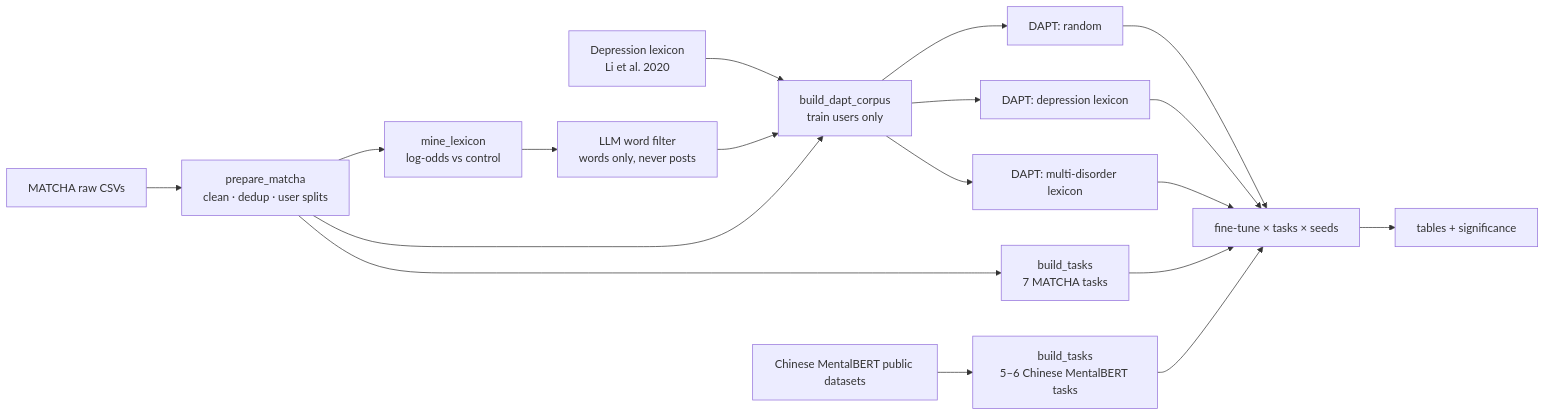
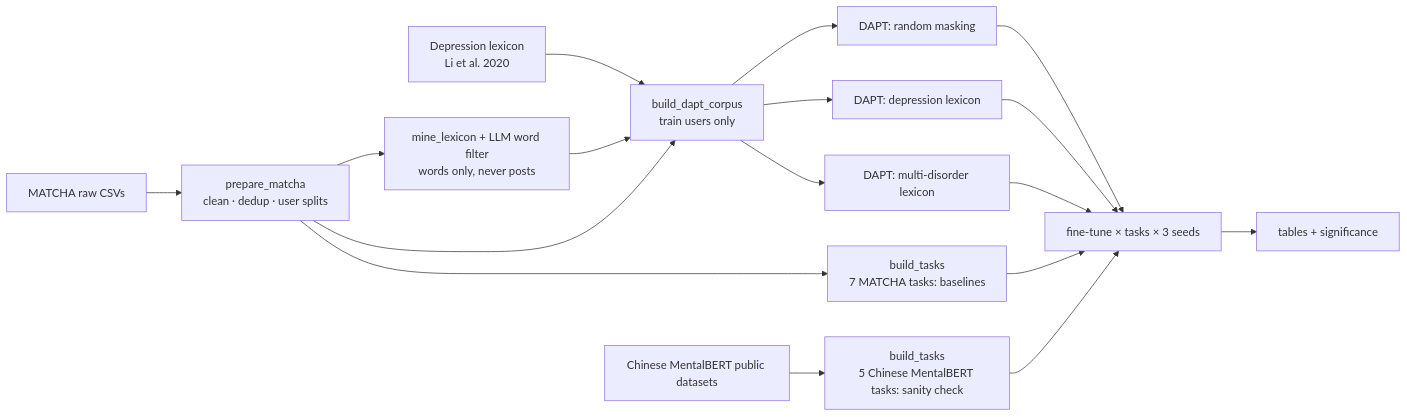
One commit to shehryars715/matcha-bench changed the diagram in README.md. Above: the diagram before and after it, drawn with Mermaid. The commit also changed other lines of this file and 8 other files, not shown here.

First line of the commit message:
Frame the repository as the MATCHA baselines and make the summary comparisons configurable

````diff
--- a/README.md
+++ b/README.md
@@ -42,17 +43,16 @@
 ```mermaid
 flowchart LR
     A[MATCHA raw CSVs] --> B[prepare_matcha<br/>clean · dedup · user splits]
-    B --> C[build_tasks<br/>7 MATCHA tasks]
-    D[Chinese MentalBERT public datasets] --> C2[build_tasks<br/>5–6 Chinese MentalBERT tasks]
-    B --> E[mine_lexicon<br/>log-odds vs control]
-    E --> F[LLM word filter<br/>words only, never posts]
+    B --> C[build_tasks<br/>7 MATCHA tasks: baselines]
+    D[Chinese MentalBERT public datasets] --> C2[build_tasks<br/>5 Chinese MentalBERT tasks: sanity check]
     G[Depression lexicon<br/>Li et al. 2020] --> H
-    F --> H[build_dapt_corpus<br/>train users only]
+    B --> E[mine_lexicon + LLM word filter<br/>words only, never posts]
+    E --> H[build_dapt_corpus<br/>train users only]
     B --> H
-    H --> I1[DAPT: random]
+    H --> I1[DAPT: random masking]
     H --> I2[DAPT: depression lexicon]
     H --> I3[DAPT: multi-disorder lexicon]
-    I1 & I2 & I3 --> J[fine-tune × tasks × seeds]
+    I1 & I2 & I3 --> J[fine-tune × tasks × 3 seeds]
     C & C2 --> J
     J --> K[tables + significance]
 ```
````
